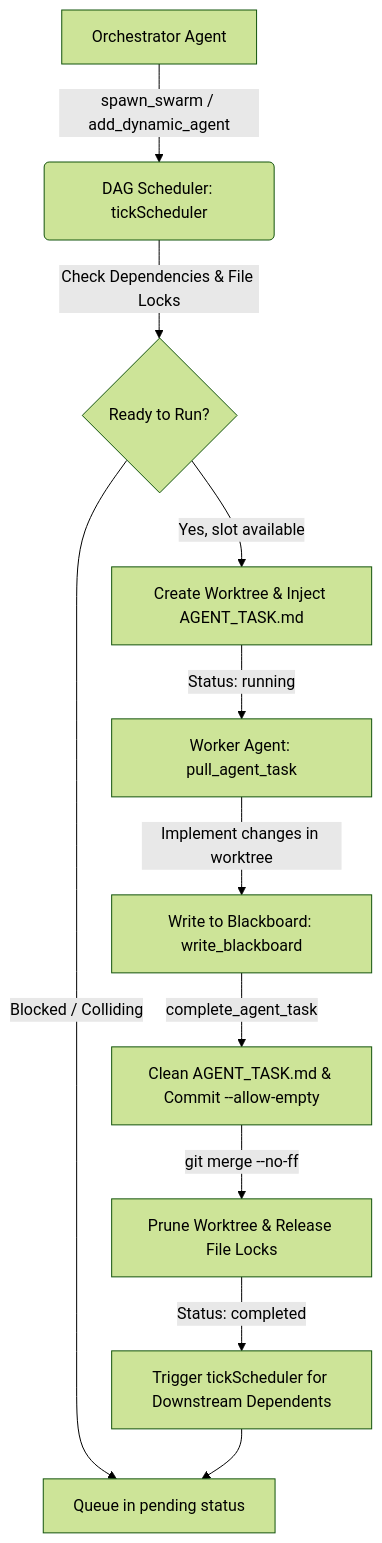
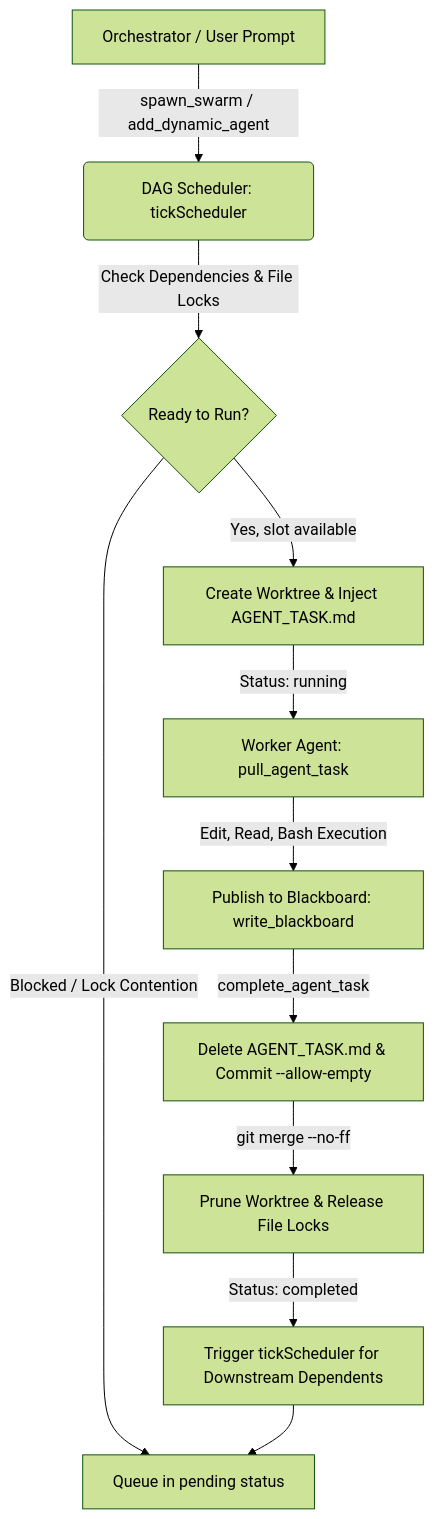
Before and after one commit to PRIYAGDEV/swarm-engine: the diagram in README.md, drawn with Mermaid (forest theme). The commit also changed other lines of this file, not shown here.

````diff
--- a/README.md
+++ b/README.md
@@ -260,13 +208,13 @@
 ```mermaid
 graph TD
-    A[Orchestrator Agent] -->|spawn_swarm / add_dynamic_agent| B(DAG Scheduler: tickScheduler)
+    A[Orchestrator / User Prompt] -->|spawn_swarm / add_dynamic_agent| B(DAG Scheduler: tickScheduler)
     B -->|Check Dependencies & File Locks| C{Ready to Run?}
     C -->|Yes, slot available| D[Create Worktree & Inject AGENT_TASK.md]
-    C -->|Blocked / Colliding| E[Queue in pending status]
+    C -->|Blocked / Lock Contention| E[Queue in pending status]
     D -->|Status: running| F[Worker Agent: pull_agent_task]
-    F -->|Implement changes in worktree| G[Write to Blackboard: write_blackboard]
-    G -->|complete_agent_task| H[Clean AGENT_TASK.md & Commit --allow-empty]
+    F -->|Edit, Read, Bash Execution| G[Publish to Blackboard: write_blackboard]
+    G -->|complete_agent_task| H[Delete AGENT_TASK.md & Commit --allow-empty]
     H -->|git merge --no-ff| I[Prune Worktree & Release File Locks]
     I -->|Status: completed| J[Trigger tickScheduler for Downstream Dependents]
     J --> E
 ```
````
